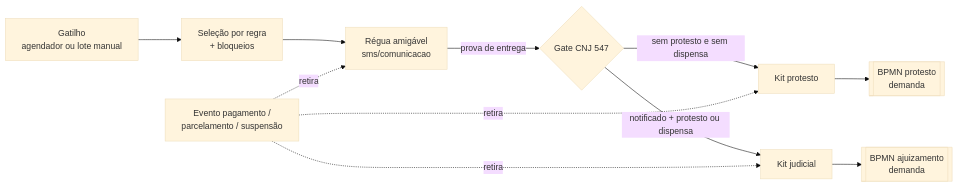
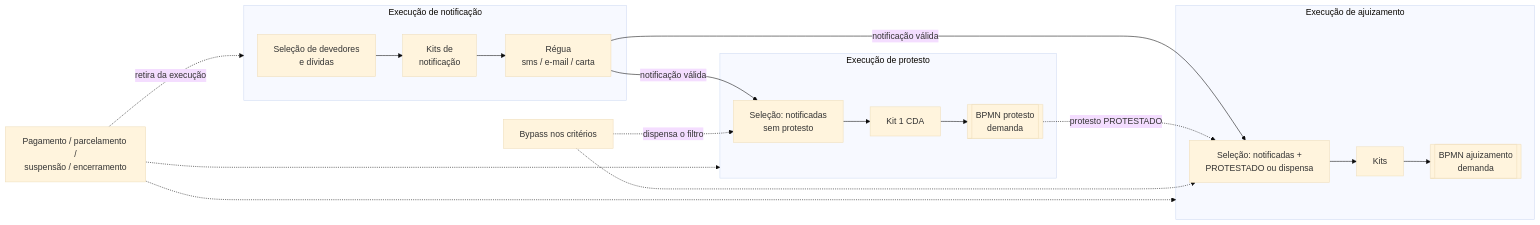
One commit to wendelllsc/att-cobranca changed the diagram in PROJECT.md. Above: the diagram before and after it, drawn with Mermaid (base theme). The commit also changed other lines of this file and 36 other files, not shown here.

````diff
--- a/PROJECT.md
+++ b/PROJECT.md
@@ -73,13 +103,20 @@
 ```mermaid
 flowchart LR
-    A[Gatilho<br/>agendador ou lote manual] --> B[Seleção por regra<br/>+ bloqueios]
-    B --> C[Régua amigável<br/>sms/comunicacao]
-    C -->|prova de entrega| D{Gate CNJ 547}
-    D -->|sem protesto e sem dispensa| E[Kit protesto]
-    E --> F[[BPMN protesto<br/>demanda]]
-    D -->|notificado + protesto ou dispensa| G[Kit judicial]
-    G --> H[[BPMN ajuizamento<br/>demanda]]
-    X[Evento pagamento /<br/>parcelamento / suspensão] -.retira.-> C
-    X -.retira.-> E
-    X -.retira.-> G
+    subgraph N[Execução de notificação]
+        N1[Seleção de devedores<br/>e dívidas] --> N3[Kits de<br/>notificação] --> N2[Régua<br/>sms / e-mail / carta]
+    end
+    subgraph P[Execução de protesto]
+        P1[Seleção: notificadas<br/>sem protesto] --> P2[Kit 1 CDA] --> P3[[BPMN protesto<br/>demanda]]
+    end
+    subgraph A[Execução de ajuizamento]
+        A1[Seleção: notificadas +<br/>PROTESTADO ou dispensa] --> A2[Kits] --> A3[[BPMN ajuizamento<br/>demanda]]
+    end
+    N2 -- notificação válida --> P1
+    N2 -- notificação válida --> A1
+    P3 -. protesto PROTESTADO .-> A1
+    X[Pagamento / parcelamento /<br/>suspensão / encerramento] -. retira da execução .-> N
+    X -.-> P
+    X -.-> A
+    BY[Bypass nos critérios] -. dispensa o filtro .-> P1
+    BY -.-> A1
 ```
````
